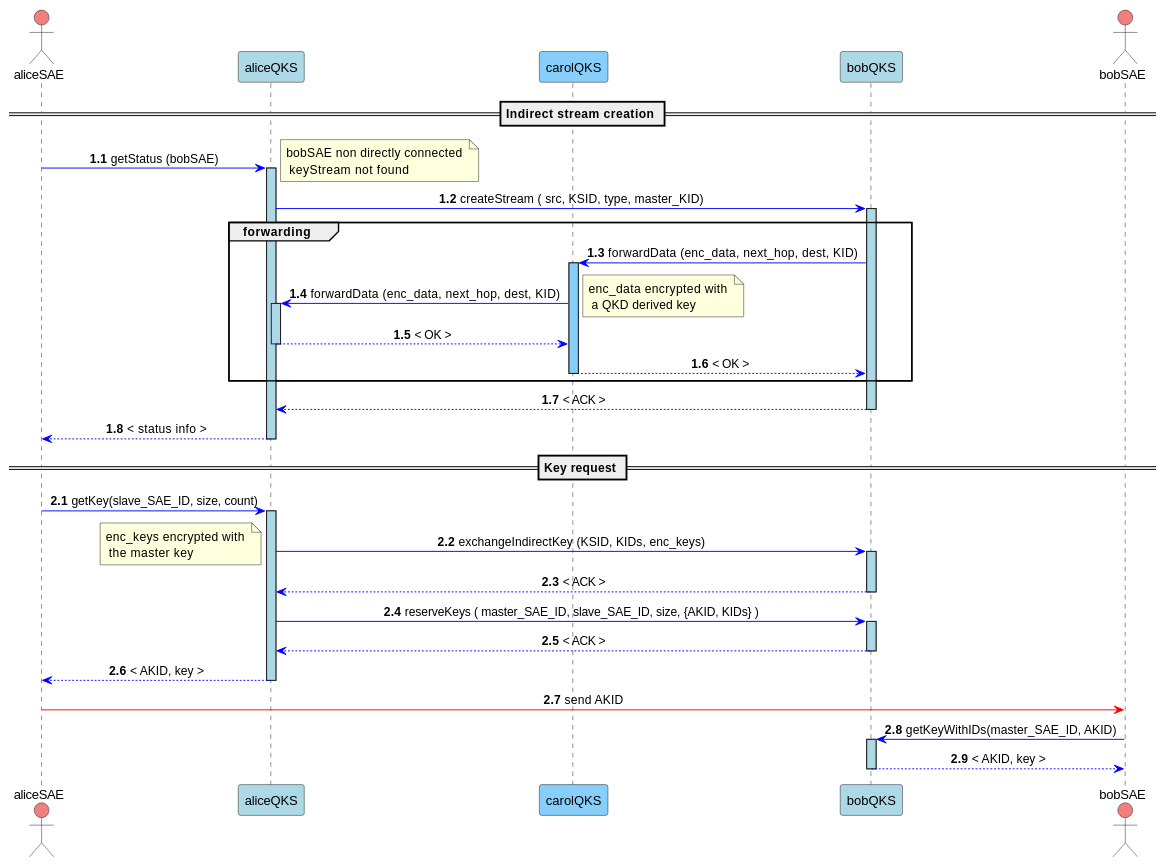
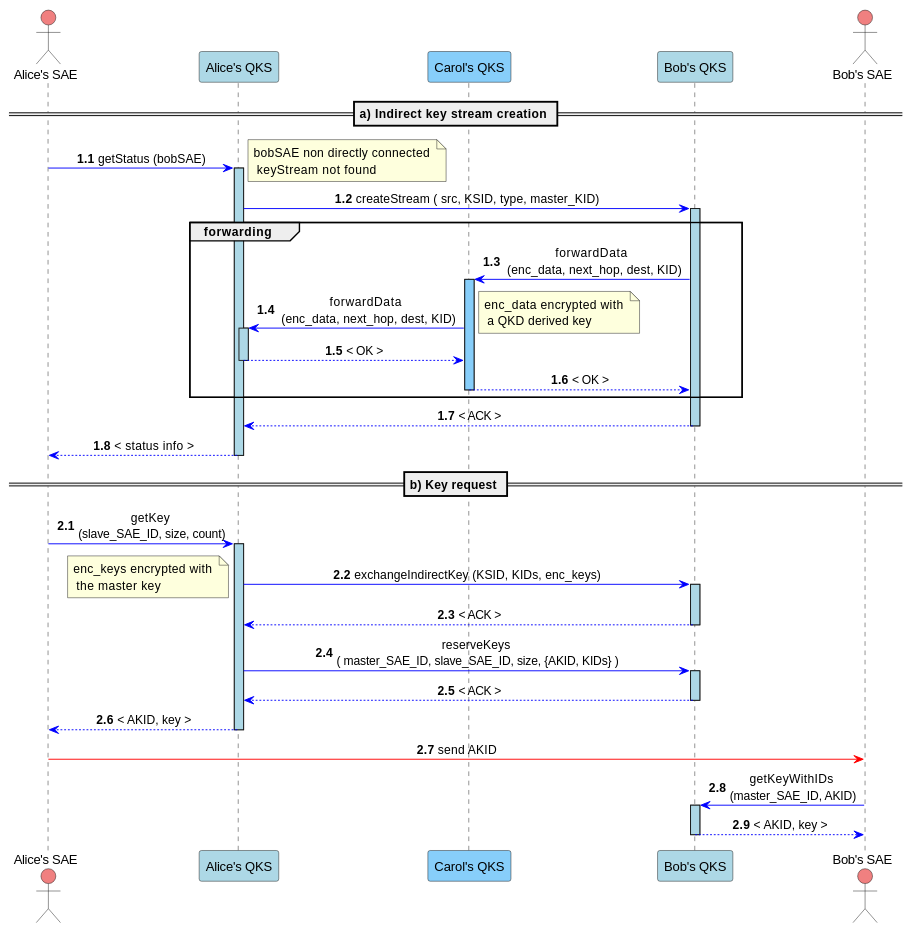
One commit to ignaziopedone/qkd-keyserver changed the second of 2 diagrams in docs/API_sequence_diagram.md. Above: the diagram before and after it, drawn with PlantUML. The commit also changed other lines of this file and 2 other files, not shown here.

Commit message:
updated sequence diagrams

```diff
--- a/docs/API_sequence_diagram.md
+++ b/docs/API_sequence_diagram.md
@@ -75,41 +75,41 @@
 @startuml
 
 skinparam sequenceMessageAlign center
-actor aliceSAE as ASAE order 1  #lightCoral
-actor bobSAE as BSAE order 5  #lightCoral
-participant aliceQKS as AQKS order 2 #LightBlue
-participant bobQKS as BQKS order 4 #LightBlue
-participant carolQKS as CQKS order 3 #lightskyblue
+actor "Alice's SAE" as ASAE order 1  #lightCoral
+actor "Bob's SAE" as BSAE order 5  #lightCoral
+participant "Alice's QKS" as AQKS order 2 #LightBlue
+participant "Bob's QKS" as BQKS order 4 #LightBlue
+participant "Carol's QKS" as CQKS order 3 #lightskyblue
 
-== Indirect stream creation == 
+== a) Indirect key stream creation == 
 autonumber 1.1
 ASAE -[#blue]> AQKS ++ #LightBlue: getStatus (bobSAE)
 note right: bobSAE non directly connected \n keyStream not found 
 AQKS -[#blue]> BQKS ++ #lightblue : createStream ( src, KSID, type, master_KID) 
 
 group forwarding
-BQKS -[#blue]> CQKS ++ #lightskyblue: forwardData (enc_data, next_hop, dest, KID) 
-CQKS -[#blue]> AQKS ++ #lightblue: forwardData (enc_data, next_hop, dest, KID) 
+BQKS -[#blue]> CQKS ++ #lightskyblue: forwardData \n (enc_data, next_hop, dest, KID) 
+CQKS -[#blue]> AQKS ++ #lightblue: forwardData \n (enc_data, next_hop, dest, KID) 
 note right: enc_data encrypted with \n a QKD derived key 
 AQKS -[#blue]-> CQKS --: < OK >
 CQKS -[#blue]-> BQKS --: < OK >
 end
 
 BQKS -[#blue]-> AQKS --: < ACK > 
 AQKS -[#blue]-> ASAE --: < status info >
 
 
-== Key request == 
+== b) Key request == 
 autonumber inc A
-ASAE -[#blue]> AQKS ++ #LightBlue: getKey(slave_SAE_ID, size, count) 
+ASAE -[#blue]> AQKS ++ #LightBlue: getKey \n(slave_SAE_ID, size, count) 
 AQKS -[#blue]> BQKS ++ #LightBlue: exchangeIndirectKey (KSID, KIDs, enc_keys) 
 note left: enc_keys encrypted with \n the master key
 BQKS -[#blue]-> AQKS --: < ACK >
-AQKS -[#blue]> BQKS ++ #LightBlue:  reserveKeys ( master_SAE_ID, slave_SAE_ID, size, {AKID, KIDs} )
+AQKS -[#blue]> BQKS ++ #LightBlue:  reserveKeys \n( master_SAE_ID, slave_SAE_ID, size, {AKID, KIDs} )
 BQKS -[#blue]-> AQKS --: < ACK >
 AQKS -[#blue]-> ASAE -- : < AKID, key >
 ASAE -[#red]> BSAE : send AKID
-BSAE -[#blue]> BQKS ++ #LightBlue: getKeyWithIDs(master_SAE_ID, AKID)
+BSAE -[#blue]> BQKS ++ #LightBlue: getKeyWithIDs \n(master_SAE_ID, AKID)
 BQKS -[#blue]-> BSAE --: < AKID, key >
 
 @enduml
```
